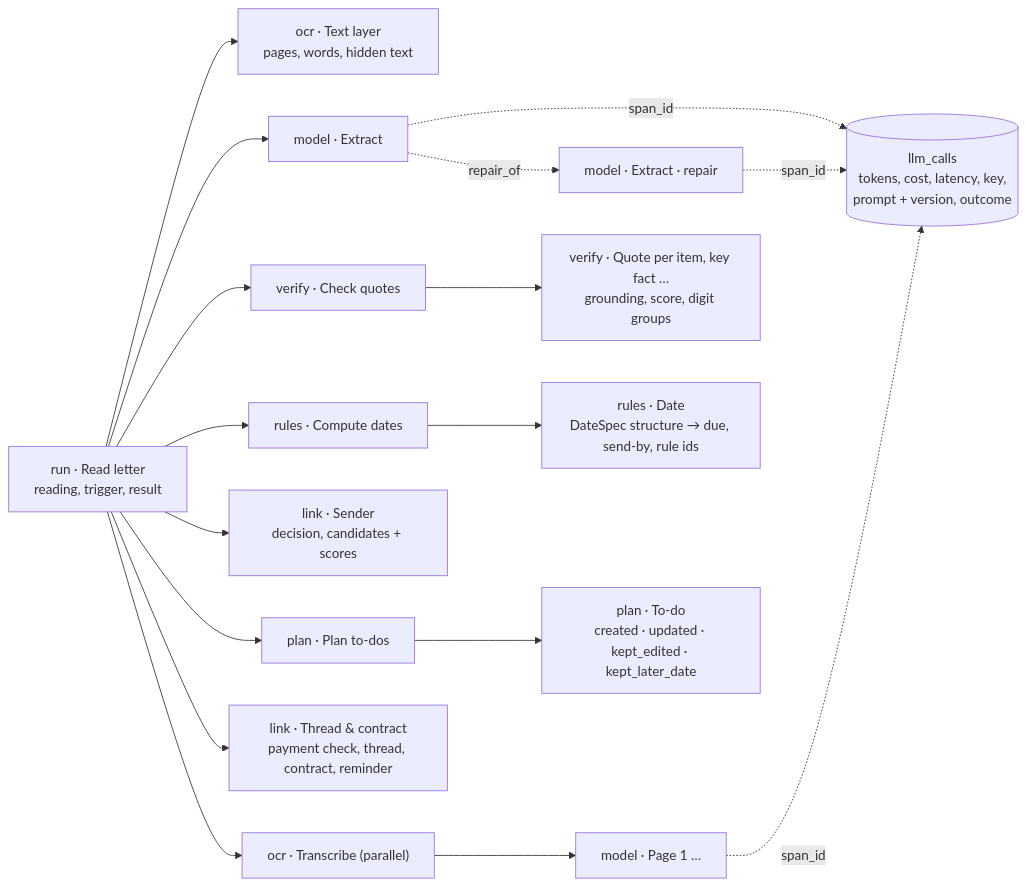
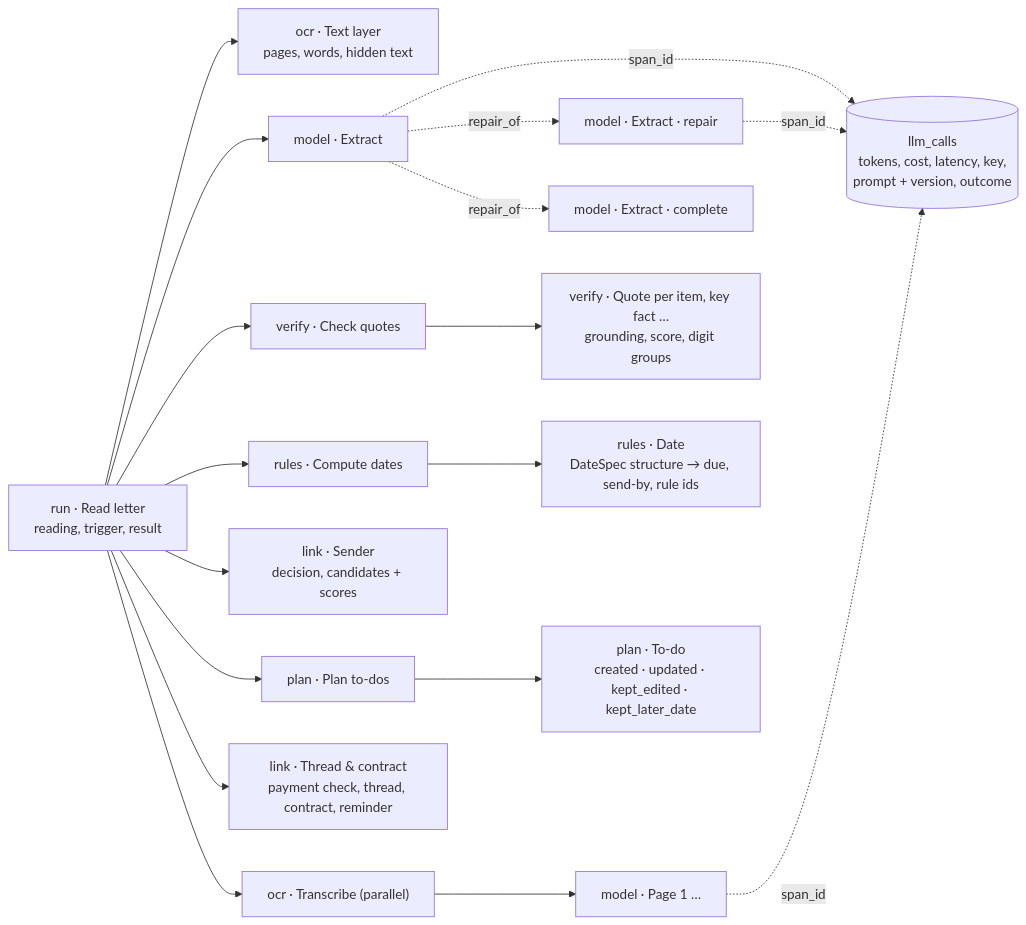
The fourth of 8 diagrams in docs/architecture.md (ahmedEid1/ordnung), drawn with Mermaid before and after one commit. The commit also changed other lines of this file and 191 other files, not shown here.

````diff
--- a/docs/architecture.md
+++ b/docs/architecture.md
@@ -144,13 +144,14 @@
 ```mermaid
 flowchart LR
   run["run · Read letter<br/>reading, trigger, result"]
   run --> ocr["ocr · Text layer<br/>pages, words, hidden text"]
   run --> tr["ocr · Transcribe (parallel)"] --> p1["model · Page 1 …"]
   run --> ex["model · Extract"] -.->|"repair_of"| rep["model · Extract · repair"]
+  ex -.->|"repair_of"| cmp["model · Extract · complete"]
   run --> q["verify · Check quotes"] --> q1["verify · Quote per item, key fact …<br/>grounding, score, digit groups"]
   run --> snd["link · Sender<br/>decision, candidates + scores"]
   run --> d["rules · Compute dates"] --> d1["rules · Date<br/>DateSpec structure → due, send-by, rule ids"]
   run --> l["link · Thread & contract<br/>payment check, thread, contract, reminder"]
   run --> pl["plan · Plan to-dos"] --> pl1["plan · To-do<br/>created · updated · kept_edited · kept_later_date"]
   ex & rep & p1 -.->|"span_id"| calls[("llm_calls<br/>tokens, cost, latency, key,<br/>prompt + version, outcome")]
 ```
````
